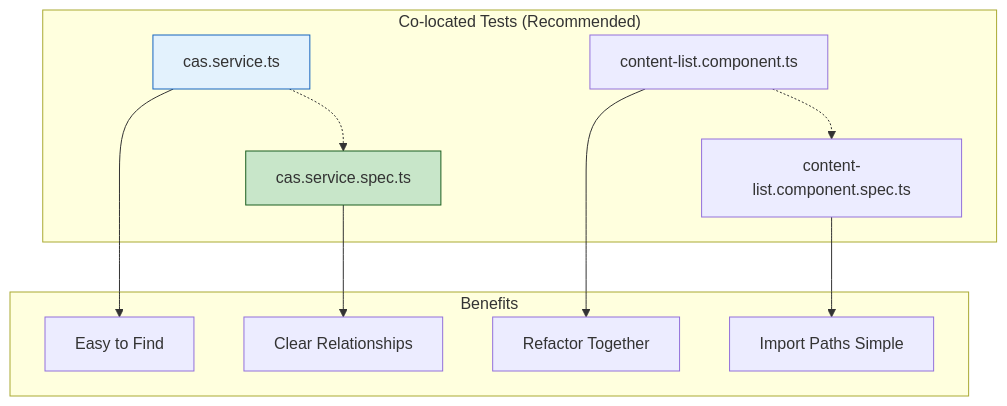
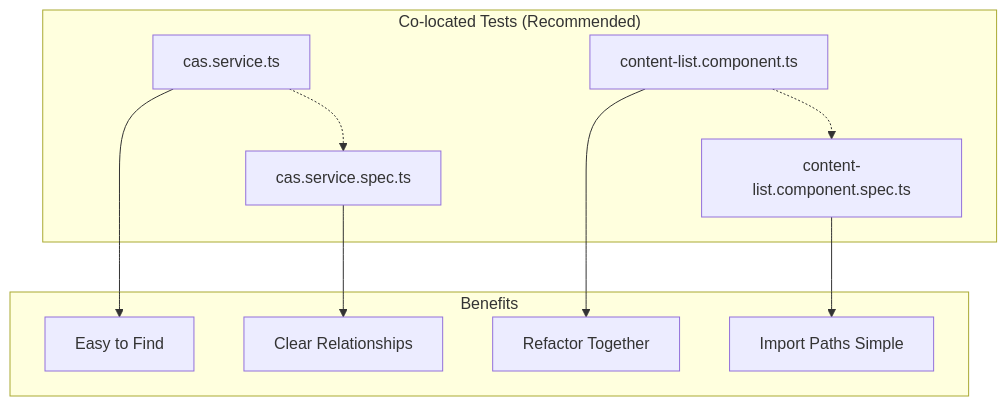
One commit to o2alexanderfedin/angular-cas-disot changed the diagram in docs/testing/testing-guide.md. Above: the diagram before and after it, drawn with Mermaid. The commit also changed 18 other files, not shown here.

````diff
--- a/docs/testing/testing-guide.md
+++ b/docs/testing/testing-guide.md
@@ -20,27 +20,27 @@
 ```mermaid
 graph TD
     subgraph "Co-located Tests (Recommended)"
         A[cas.service.ts]
         B[cas.service.spec.ts]
         C[content-list.component.ts]
         D[content-list.component.spec.ts]
         
         A -.-> B
         C -.-> D
     end
     
     subgraph "Benefits"
         E[Easy to Find]
         F[Clear Relationships]
         G[Refactor Together]
         H[Import Paths Simple]
     end
     
     A --> E
     B --> F
     C --> G
     D --> H
     
-    style A fill:#e3f2fd,stroke:#1565c0
-    style B fill:#c8e6c9,stroke:#1b5e20
+    
+    
 ```
````
